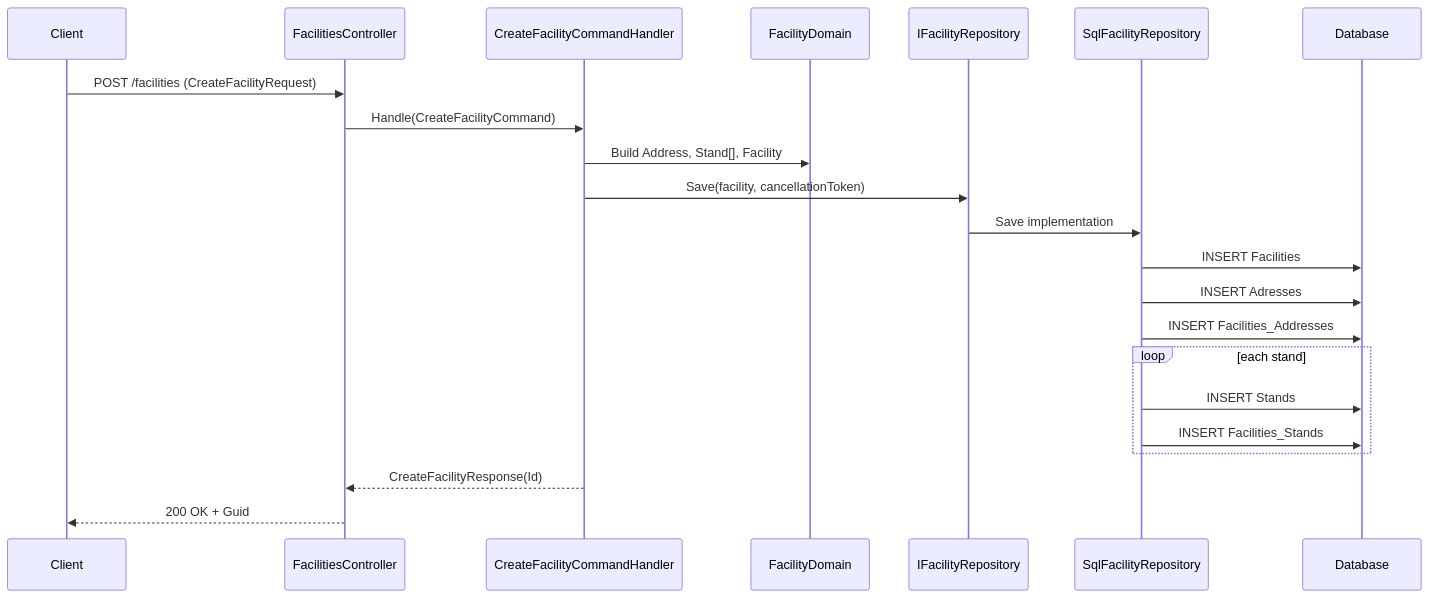
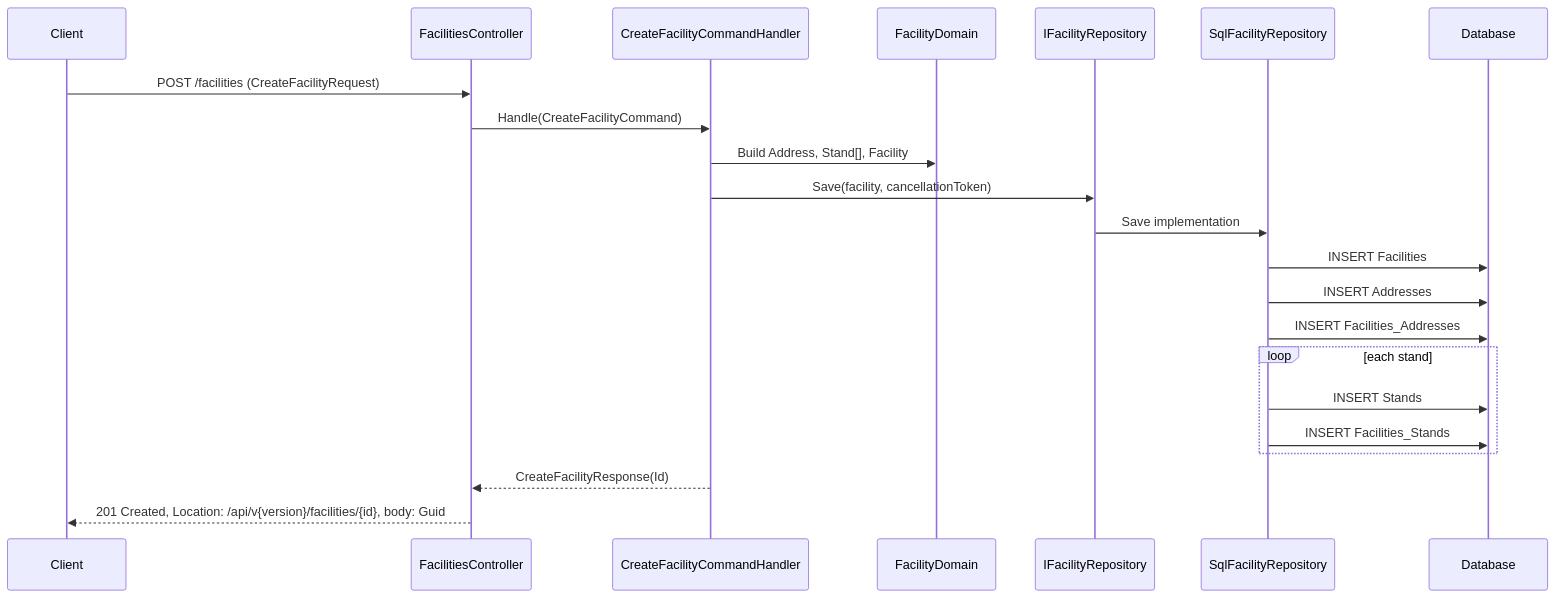
One commit to Aaronhdez/GafferApi changed the diagram in .github/doc/features/facility-create.md. Above: the diagram before and after it, drawn with Mermaid. The commit also changed other lines of this file and 71 other files, not shown here.

First line of the commit message:
feat: Implement API response contract changes and database configuration updates

````diff
--- a/.github/doc/features/facility-create.md
+++ b/.github/doc/features/facility-create.md
@@ -9,25 +9,25 @@
 ```mermaid
 sequenceDiagram
     participant Client
     participant FacilitiesController
     participant CreateFacilityCommandHandler
     participant FacilityDomain
     participant IFacilityRepository
     participant SqlFacilityRepository
     participant Database
 
     Client->>FacilitiesController: POST /facilities (CreateFacilityRequest)
     FacilitiesController->>CreateFacilityCommandHandler: Handle(CreateFacilityCommand)
     CreateFacilityCommandHandler->>FacilityDomain: Build Address, Stand[], Facility
     CreateFacilityCommandHandler->>IFacilityRepository: Save(facility, cancellationToken)
     IFacilityRepository->>SqlFacilityRepository: Save implementation
     SqlFacilityRepository->>Database: INSERT Facilities
-    SqlFacilityRepository->>Database: INSERT Adresses
+    SqlFacilityRepository->>Database: INSERT Addresses
     SqlFacilityRepository->>Database: INSERT Facilities_Addresses
     loop each stand
         SqlFacilityRepository->>Database: INSERT Stands
         SqlFacilityRepository->>Database: INSERT Facilities_Stands
     end
     CreateFacilityCommandHandler-->>FacilitiesController: CreateFacilityResponse(Id)
-    FacilitiesController-->>Client: 200 OK + Guid
+    FacilitiesController-->>Client: 201 Created, Location: /api/v{version}/facilities/{id}, body: Guid
 ```
````
